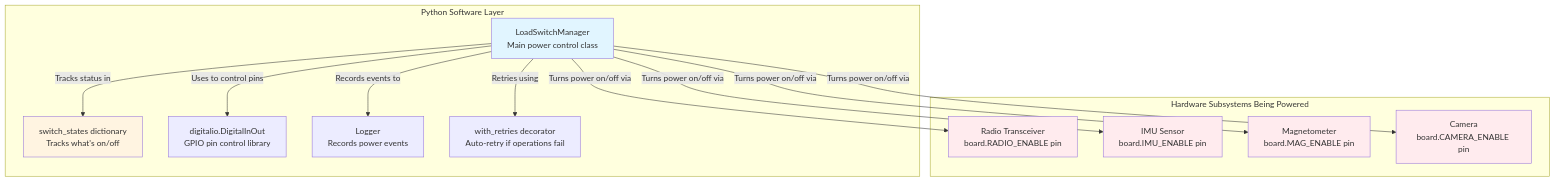
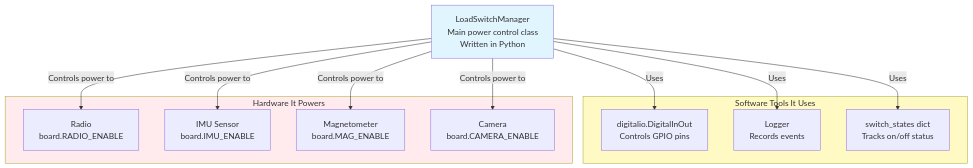
Before and after one commit to Lizo-RoadTown/PROVES_LIBRARY: the third of 5 diagrams in docs/diagrams/overview.md, drawn with Mermaid.

Commit message:
Fix Power Control Architecture diagram readability
Simplified the LoadSwitchManager diagram to be more vertical and less crowded:
- Removed nested subgraph that caused horizontal stretching
- Simplified node labels (shorter text, clearer hierarchy)
- Changed from 'SOFTWARE/HARDWARE' to 'TOOLS/DEVICES' for clarity
- Reduced total node count to improve rendering size

This should make the diagram much more readable on the live site.

🤖 Generated with Claude Code (https://claude.com/claude-code)

````diff
--- a/docs/diagrams/overview.md
+++ b/docs/diagrams/overview.md
@@ -109,35 +109,30 @@
 ```mermaid
 graph TB
-    subgraph SOFTWARE["Python Software Layer"]
-        LSM[LoadSwitchManager<br/>Main power control class]
-        STATE[switch_states dictionary<br/>Tracks what's on/off]
+    LSM[LoadSwitchManager<br/>Main power control class<br/>Written in Python]
 
-        DIO[digitalio.DigitalInOut<br/>GPIO pin control library]
-        LOGGER[Logger<br/>Records power events]
-        RETRY[with_retries decorator<br/>Auto-retry if operations fail]
+    subgraph TOOLS["Software Tools It Uses"]
+        DIO[digitalio.DigitalInOut<br/>Controls GPIO pins]
+        LOGGER[Logger<br/>Records events]
+        STATE[switch_states dict<br/>Tracks on/off status]
     end
 
-    subgraph HARDWARE["Hardware Subsystems Being Powered"]
-        RADIO[Radio Transceiver<br/>board.RADIO_ENABLE pin]
-        IMU[IMU Sensor<br/>board.IMU_ENABLE pin]
-        MAG[Magnetometer<br/>board.MAG_ENABLE pin]
-        CAM[Camera<br/>board.CAMERA_ENABLE pin]
+    subgraph DEVICES["Hardware It Powers"]
+        RADIO[Radio<br/>board.RADIO_ENABLE]
+        IMU[IMU Sensor<br/>board.IMU_ENABLE]
+        MAG[Magnetometer<br/>board.MAG_ENABLE]
+        CAM[Camera<br/>board.CAMERA_ENABLE]
     end
 
-    LSM -->|"Uses to control pins"| DIO
-    LSM -->|"Records events to"| LOGGER
-    LSM -->|"Retries using"| RETRY
-    LSM -->|"Tracks status in"| STATE
+    LSM -->|Uses| DIO
+    LSM -->|Uses| LOGGER
+    LSM -->|Uses| STATE
 
-    LSM -->|"Turns power on/off via"| RADIO
-    LSM -->|"Turns power on/off via"| IMU
-    LSM -->|"Turns power on/off via"| MAG
-    LSM -->|"Turns power on/off via"| CAM
+    LSM -->|Controls power to| RADIO
+    LSM -->|Controls power to| IMU
+    LSM -->|Controls power to| MAG
+    LSM -->|Controls power to| CAM
 
     style LSM fill:#e1f5ff
-    style STATE fill:#fff4e1
-    style RADIO fill:#ffebee
-    style IMU fill:#ffebee
-    style MAG fill:#ffebee
-    style CAM fill:#ffebee
+    style TOOLS fill:#fff9c4
+    style DEVICES fill:#ffebee
 ```
````
